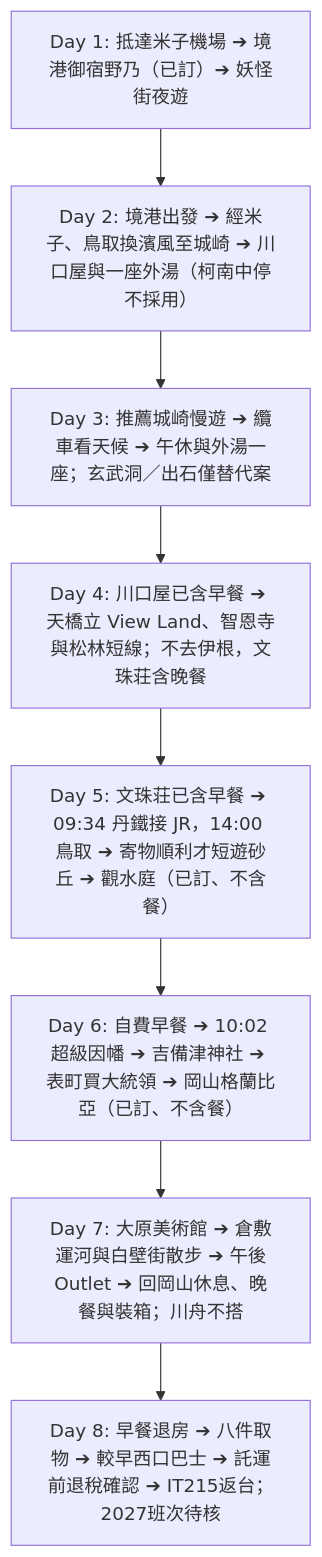
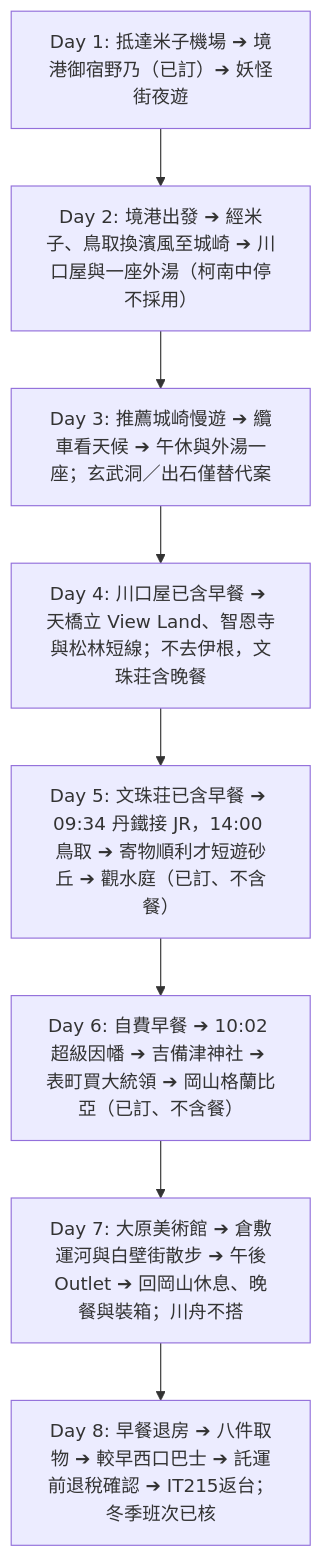
Before and after one commit to iamkeith001/sanin-trip-2027: the diagram in README.md, drawn with Mermaid. The commit also changed other lines of this file and 4 other files, not shown here.

````diff
--- a/README.md
+++ b/README.md
@@ -84,10 +88,10 @@
 ```mermaid
 graph TD
     Day1[Day 1: 抵達米子機場 ➔ 境港御宿野乃（已訂）➔ 妖怪街夜遊] --> Day2[Day 2: 境港出發 ➔ 經米子、鳥取換濱風至城崎 ➔ 川口屋與一座外湯（柯南中停不採用）]
     Day2 --> Day3[Day 3: 推薦城崎慢遊 ➔ 纜車看天候 ➔ 午休與外湯一座；玄武洞／出石僅替代案]
     Day3 --> Day4[Day 4: 川口屋已含早餐 ➔ 天橋立 View Land、智恩寺與松林短線；不去伊根，文珠荘含晚餐]
     Day4 --> Day5[Day 5: 文珠荘已含早餐 ➔ 09:34 丹鐵接 JR，14:00 鳥取 ➔ 寄物順利才短遊砂丘 ➔ 觀水庭（已訂、不含餐）]
     Day5 --> Day6[Day 6: 自費早餐 ➔ 10:02 超級因幡 ➔ 吉備津神社 ➔ 表町買大統領 ➔ 岡山格蘭比亞（已訂、不含餐）]
     Day6 --> Day7[Day 7: 大原美術館 ➔ 倉敷運河與白壁街散步 ➔ 午後Outlet ➔ 回岡山休息、晚餐與裝箱；川舟不搭]
-    Day7 --> Day8[Day 8: 早餐退房 ➔ 八件取物 ➔ 較早西口巴士 ➔ 託運前退稅確認 ➔ IT215返台；2027班次待核]
+    Day7 --> Day8[Day 8: 早餐退房 ➔ 八件取物 ➔ 較早西口巴士 ➔ 託運前退稅確認 ➔ IT215返台；冬季班次已核]
 ```
````
